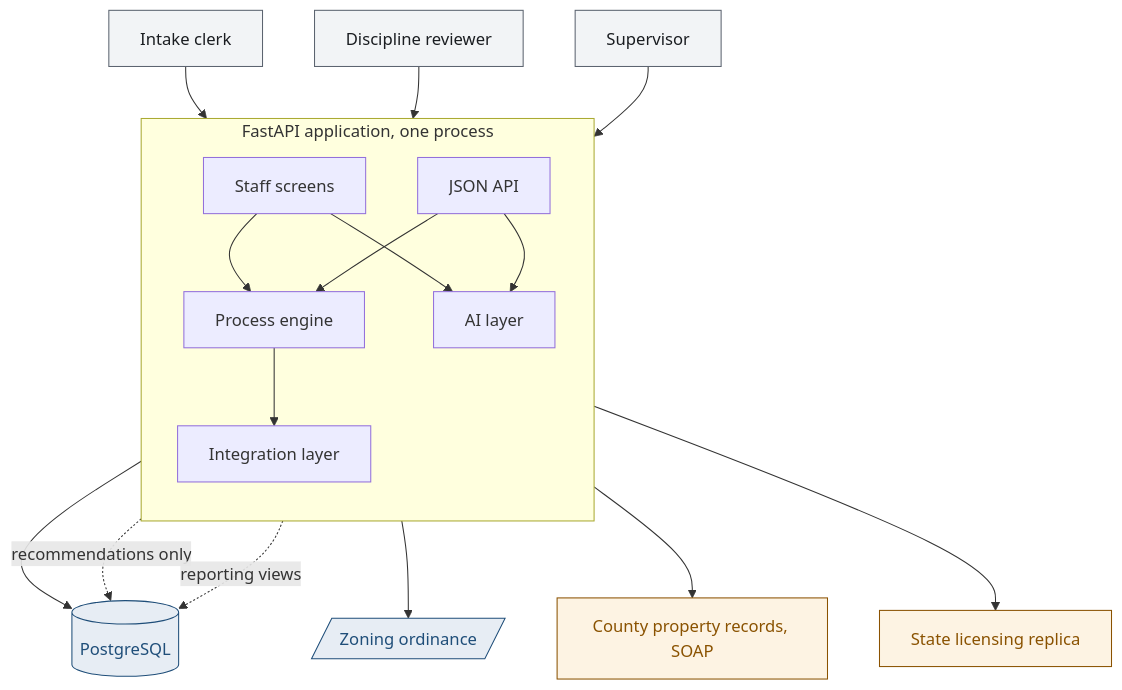
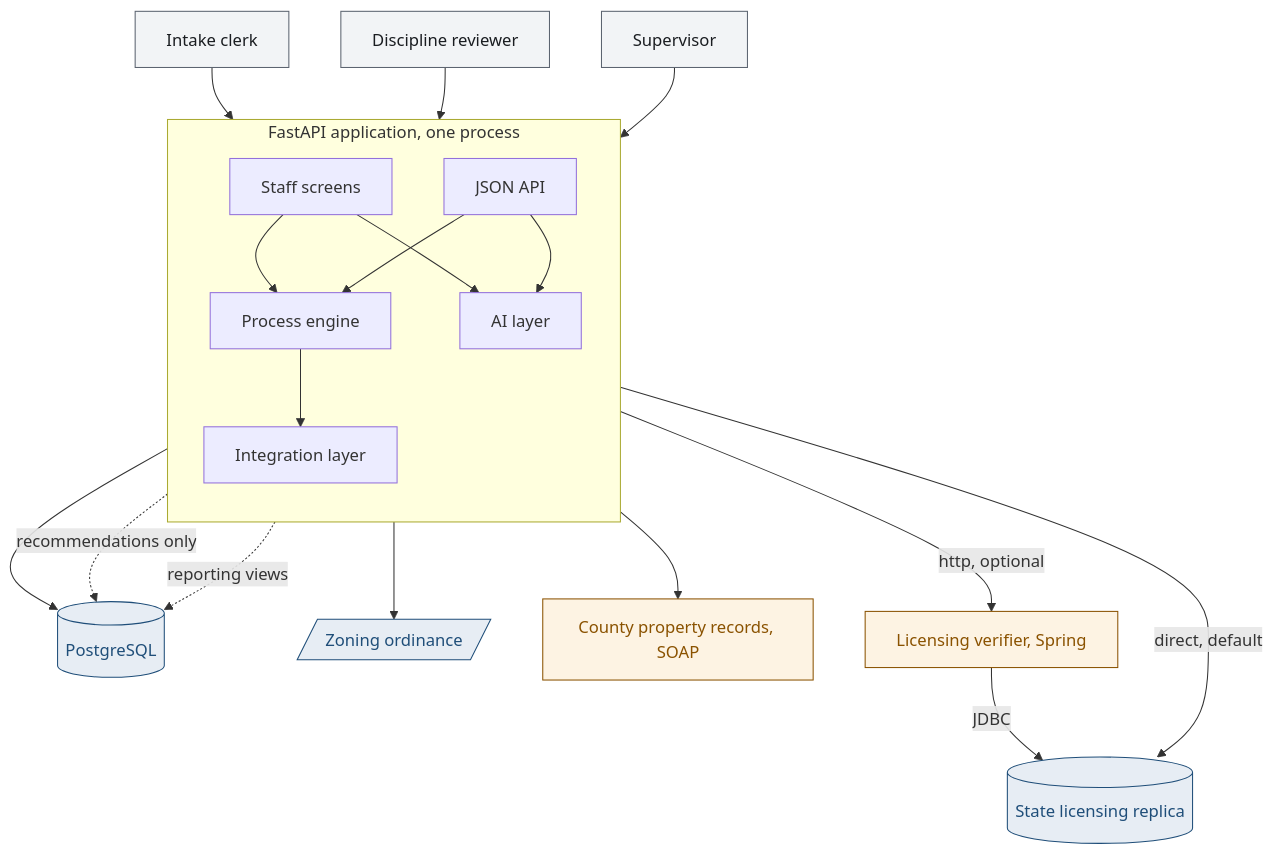
Before and after one commit to hworku24/permit-review-workflow: the first of 2 diagrams in README.md, drawn with Mermaid. The commit also changed other lines of this file and 9 other files, not shown here.

````diff
--- a/README.md
+++ b/README.md
@@ -61,42 +61,47 @@
 ```mermaid
+
 flowchart TB
     clerk["Intake clerk"]
     reviewer["Discipline reviewer"]
     supervisor["Supervisor"]
 
     subgraph app["FastAPI application, one process"]
         direction TB
         ui["Staff screens"]
         api["JSON API"]
         engine["Process engine"]
         ai["AI layer"]
         integ["Integration layer"]
     end
 
     db[("PostgreSQL")]
     corpus[/"Zoning ordinance"/]
     county["County property records, SOAP"]
-    licensing["State licensing replica"]
+    verifier["Licensing verifier, Spring"]
+    licensing[("State licensing replica")]
 
     clerk --> ui
     reviewer --> ui
     supervisor --> ui
     ui --> engine
     api --> engine
     ui --> ai
     api --> ai
     engine --> db
     engine --> integ
     ai --> corpus
     ai -. "recommendations only" .-> db
     integ --> county
-    integ --> licensing
+    integ -- "direct, default" --> licensing
+    integ -- "http, optional" --> verifier
+    verifier -- "JDBC" --> licensing
     ui -. "reporting views" .-> db
 
     classDef person fill:#f2f4f6,stroke:#5c6470,color:#1a1d21
     classDef external fill:#fdf3e3,stroke:#8a5200,color:#8a5200
     classDef store fill:#e7edf4,stroke:#1f4e79,color:#1f4e79
     class clerk,reviewer,supervisor person
-    class county,licensing external
+    class county,verifier external
+    class licensing store
     class db,corpus store
 ```
````
